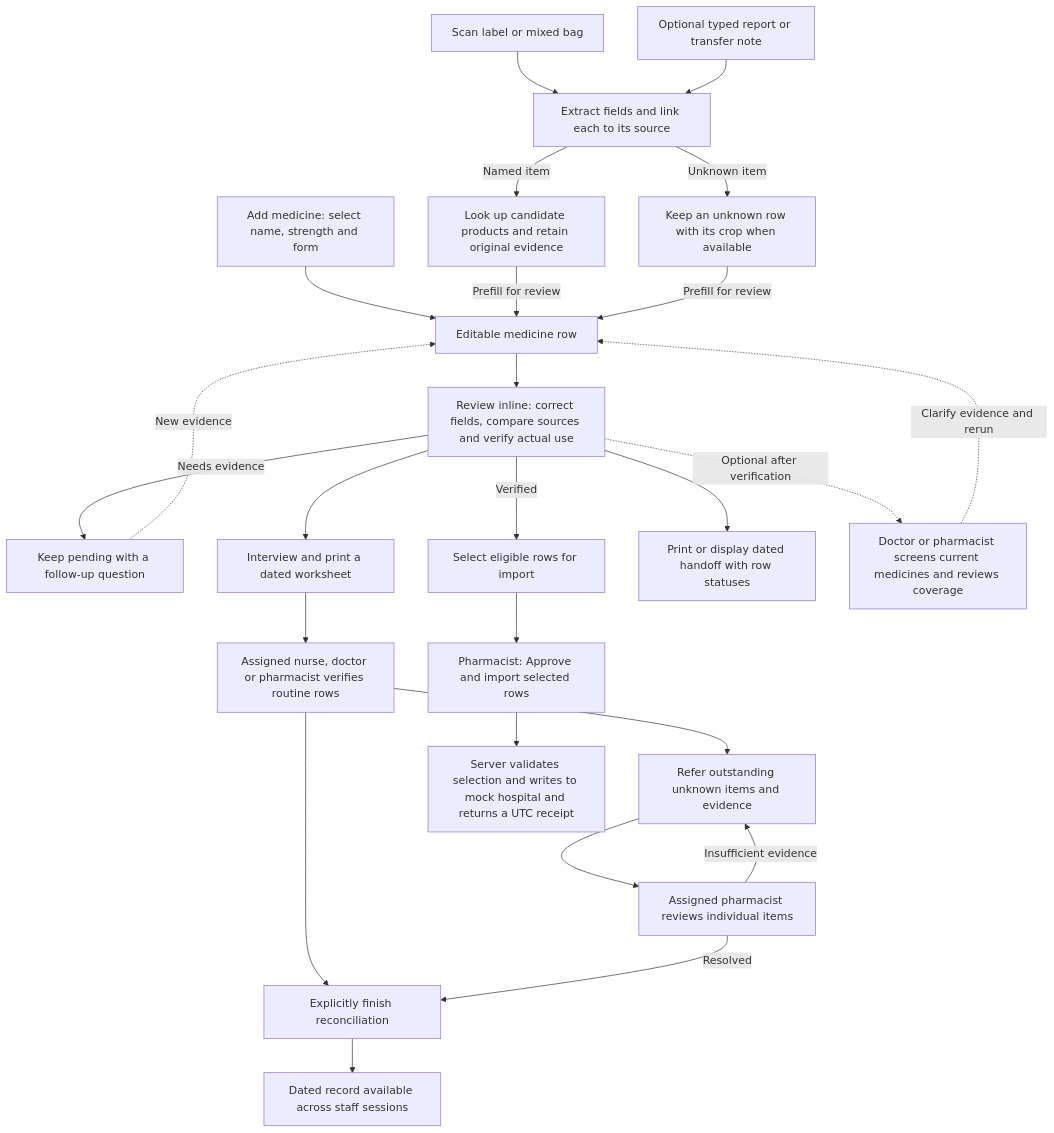
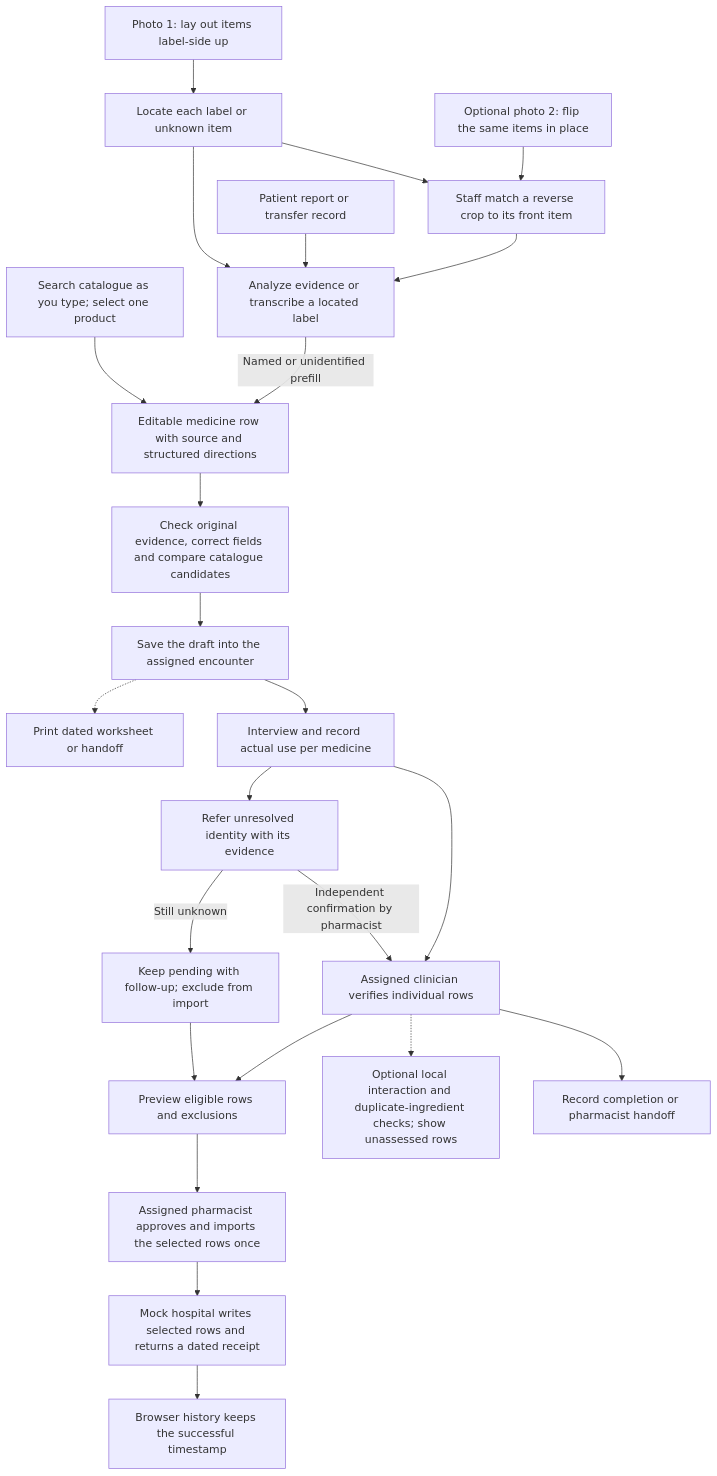
One commit to pakornds/Medication-Reader changed the diagram in docs/specs/medication-reader-v1.md. Above: the diagram before and after it, drawn with Mermaid. The commit also changed other lines of this file and 1 other file, not shown here.

Commit message:
Document the staff pages and the single import workflow

````diff
--- a/docs/specs/medication-reader-v1.md
+++ b/docs/specs/medication-reader-v1.md
@@ -13,27 +13,26 @@
 ```mermaid
 flowchart TD
-  manual["Add medicine: select name, strength and form"] --> row["Editable medicine row"]
-  scan["Scan label or mixed bag"] --> extract["Extract fields and link each to its source"]
-  note["Optional typed report or transfer note"] --> extract
-  extract -->|Named item| lookup["Look up candidate products and retain original evidence"]
-  extract -->|Unknown item| unknown["Keep an unknown row with its crop when available"]
-  lookup -->|Prefill for review| row
-  unknown -->|Prefill for review| row
-  row --> review["Review inline: correct fields, compare sources and verify actual use"]
-  review -->|Needs evidence| pending["Keep pending with a follow-up question"]
-  pending -.->|New evidence| row
-  review -->|Verified| eligible["Select eligible rows for import"]
-  review --> interview["Interview and print a dated worksheet"]
-  interview --> verify["Assigned nurse, doctor or pharmacist verifies routine rows"]
-  verify --> finish["Explicitly finish reconciliation"]
-  verify --> refer["Refer outstanding unknown items and evidence"]
-  refer --> pharmacy["Assigned pharmacist reviews individual items"]
-  pharmacy -->|Resolved| finish
-  pharmacy -->|Insufficient evidence| refer
-  finish --> reviewed["Dated record available across staff sessions"]
-  review --> handoff["Print or display dated handoff with row statuses"]
-  eligible --> approve["Pharmacist: Approve and import selected rows"]
-  approve --> receipt["Server validates selection and writes to mock hospital and returns a UTC receipt"]
-  review -.->|Optional after verification| checks["Doctor or pharmacist screens current medicines and reviews coverage"]
-  checks -.->|Clarify evidence and rerun| row
+  manual["Search catalogue as you type; select one product"] --> row["Editable medicine row with source and structured directions"]
+  front["Photo 1: lay out items label-side up"] --> locate["Locate each label or unknown item"]
+  reverse["Optional photo 2: flip the same items in place"] --> pair["Staff match a reverse crop to its front item"]
+  locate --> pair
+  locate --> extract["Analyze evidence or transcribe a located label"]
+  pair --> extract
+  note["Patient report or transfer record"] --> extract
+  extract -->|"Named or unidentified prefill"| row
+  row --> compare["Check original evidence, correct fields and compare catalogue candidates"]
+  compare --> save["Save the draft into the assigned encounter"]
+  save --> interview["Interview and record actual use per medicine"]
+  interview --> verify["Assigned clinician verifies individual rows"]
+  interview --> refer["Refer unresolved identity with its evidence"]
+  refer -->|"Independent confirmation by pharmacist"| verify
+  refer -->|"Still unknown"| pending["Keep pending with follow-up; exclude from import"]
+  verify --> finish["Record completion or pharmacist handoff"]
+  verify -.-> checks["Optional local interaction and duplicate-ingredient checks; show unassessed rows"]
+  save -.-> print["Print dated worksheet or handoff"]
+  verify --> output["Preview eligible rows and exclusions"]
+  pending --> output
+  output --> approve["Assigned pharmacist approves and imports the selected rows once"]
+  approve --> receipt["Mock hospital writes selected rows and returns a dated receipt"]
+  receipt --> history["Browser history keeps the successful timestamp"]
 ```
````
